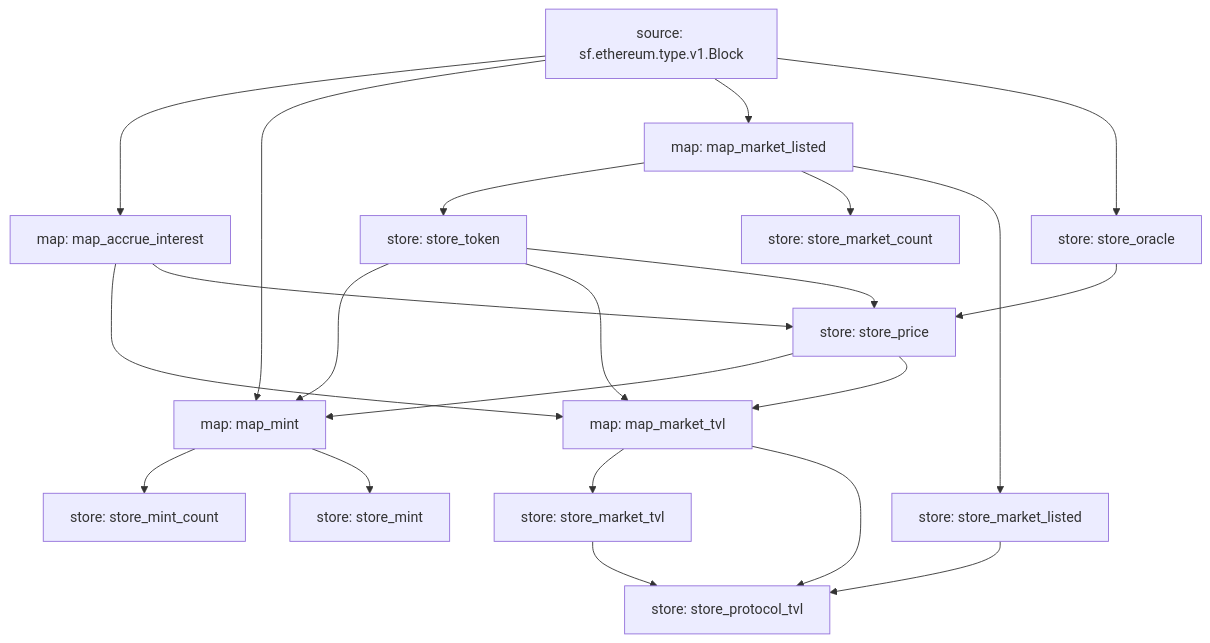
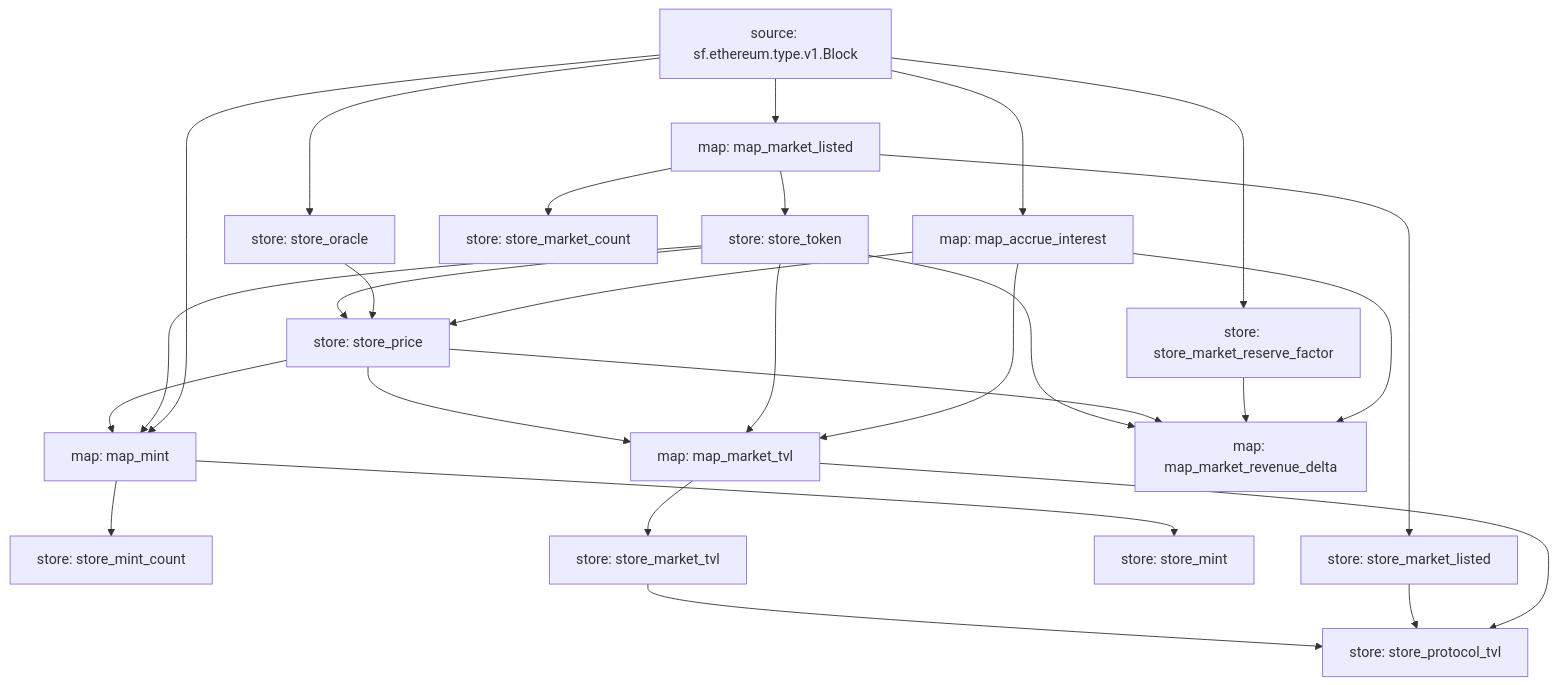
Before and after one commit to 0xbe1/compoundv2-substreams: the diagram in README.md, drawn with Mermaid.

Commit message:
update graph

````diff
--- a/README.md
+++ b/README.md
@@ -7,37 +7,44 @@
 ```mermaid
 graph TD;
   map_accrue_interest[map: map_accrue_interest]
   sf.ethereum.type.v1.Block[source: sf.ethereum.type.v1.Block] --> map_accrue_interest
   map_mint[map: map_mint]
   sf.ethereum.type.v1.Block[source: sf.ethereum.type.v1.Block] --> map_mint
   store_token --> map_mint
   store_price --> map_mint
   map_market_listed[map: map_market_listed]
   sf.ethereum.type.v1.Block[source: sf.ethereum.type.v1.Block] --> map_market_listed
   map_market_tvl[map: map_market_tvl]
   map_accrue_interest --> map_market_tvl
   store_token --> map_market_tvl
   store_price --> map_market_tvl
+  map_market_revenue_delta[map: map_market_revenue_delta]
+  map_accrue_interest --> map_market_revenue_delta
+  store_market_reserve_factor --> map_market_revenue_delta
+  store_price --> map_market_revenue_delta
+  store_token --> map_market_revenue_delta
   store_token[store: store_token]
   map_market_listed --> store_token
+  store_market_reserve_factor[store: store_market_reserve_factor]
+  sf.ethereum.type.v1.Block[source: sf.ethereum.type.v1.Block] --> store_market_reserve_factor
   store_market_count[store: store_market_count]
   map_market_listed --> store_market_count
   store_mint_count[store: store_mint_count]
   map_mint --> store_mint_count
   store_oracle[store: store_oracle]
   sf.ethereum.type.v1.Block[source: sf.ethereum.type.v1.Block] --> store_oracle
   store_price[store: store_price]
   map_accrue_interest --> store_price
   store_oracle --> store_price
   store_token --> store_price
   store_market_listed[store: store_market_listed]
   map_market_listed --> store_market_listed
   store_mint[store: store_mint]
   map_mint --> store_mint
   store_market_tvl[store: store_market_tvl]
   map_market_tvl --> store_market_tvl
   store_protocol_tvl[store: store_protocol_tvl]
   map_market_tvl --> store_protocol_tvl
   store_market_listed --> store_protocol_tvl
   store_market_tvl --> store_protocol_tvl
 ```
````
